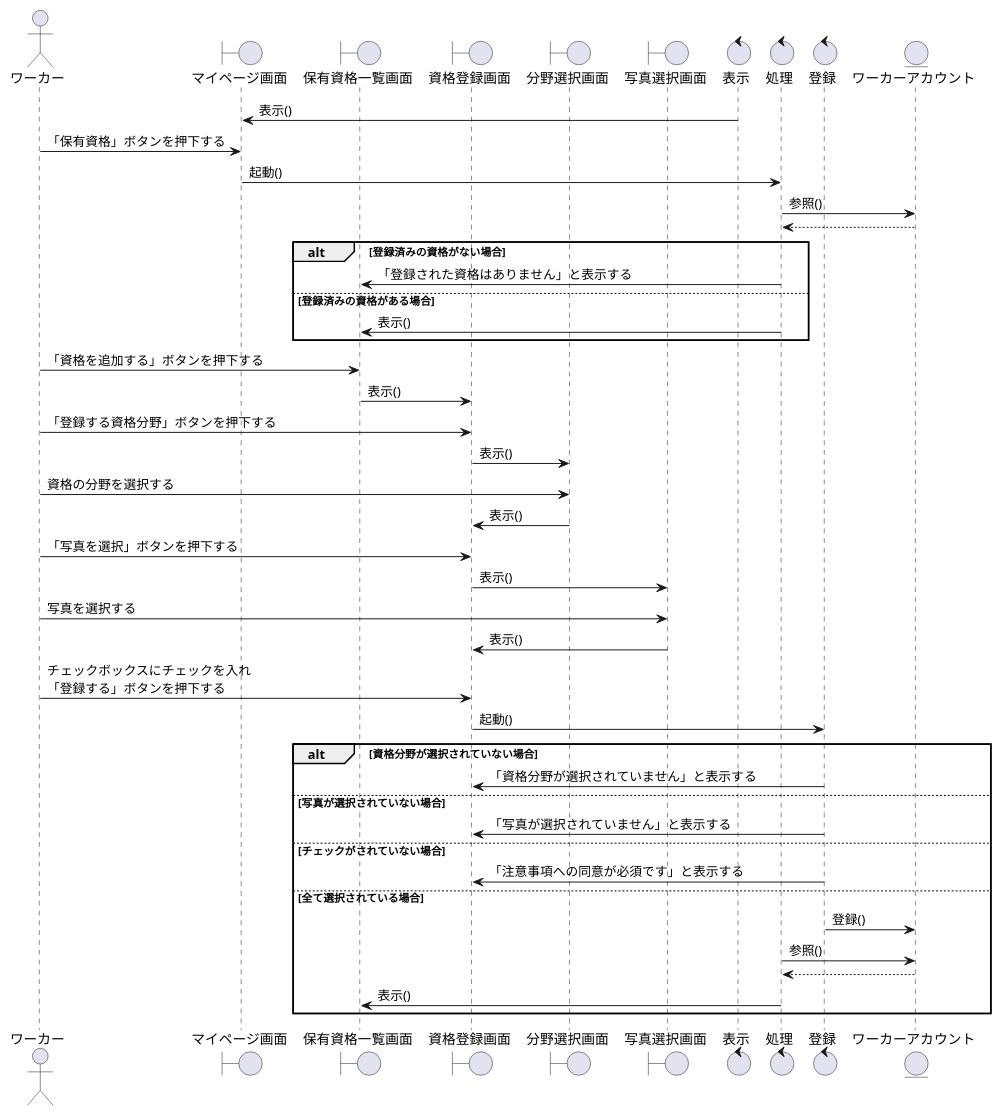
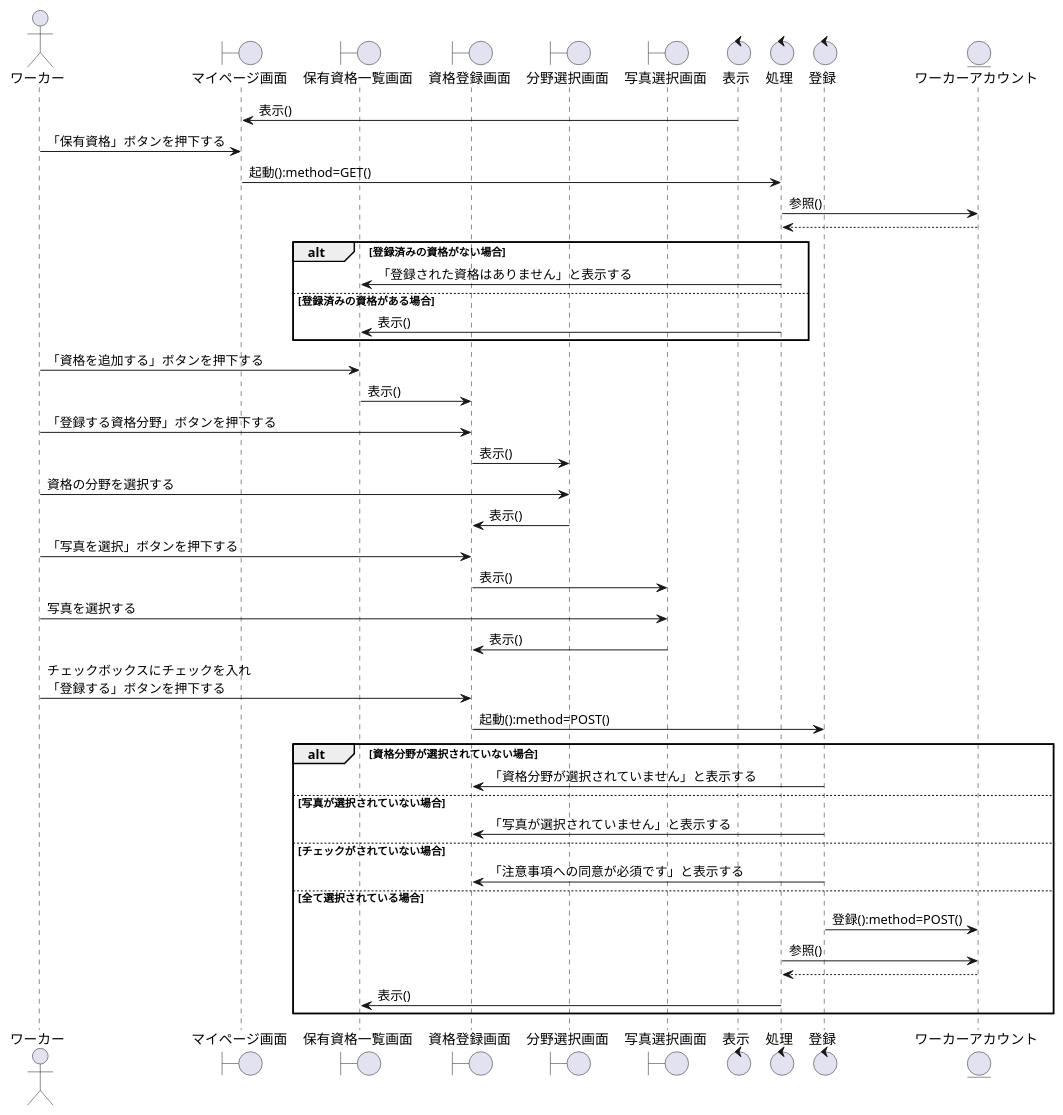
The diagram in sequence_fig/7_acconts_fn/11_保有資格を追加する.pu (irukacb256/high_Me), drawn with PlantUML before and after one commit. The commit also changed 13 other files, not shown here.

```diff
--- a/sequence_fig/7_acconts_fn/11_保有資格を追加する.pu
+++ b/sequence_fig/7_acconts_fn/11_保有資格を追加する.pu
@@ -1,61 +1,61 @@
 @startuml 保有資格を追加する
 
 actor ワーカー as wo1
 
 boundary マイページ画面 as bo1
 boundary 保有資格一覧画面 as bo2
 boundary 資格登録画面 as bo3
 boundary 分野選択画面 as bo4
 boundary 写真選択画面 as bo5
 
 control 表示 as co1
 control 処理 as co2
 control 登録 as co3
 
 entity ワーカーアカウント as en1
 
 co1 -> bo1:表示()
 wo1 -> bo1:「保有資格」ボタンを押下する
-bo1 -> co2:起動()
+bo1 -> co2:起動():method=GET()
 co2 -> en1:参照()
 en1 --> co2
 
 alt 登録済みの資格がない場合
     co2 -> bo2:「登録された資格はありません」と表示する
 
 else 登録済みの資格がある場合
     co2 -> bo2:表示()
 
 end
 
 wo1 -> bo2:「資格を追加する」ボタンを押下する
 bo2 -> bo3:表示()
 wo1 -> bo3:「登録する資格分野」ボタンを押下する
 bo3 -> bo4:表示()
 wo1 -> bo4:資格の分野を選択する
 bo4 -> bo3:表示()
 wo1 -> bo3:「写真を選択」ボタンを押下する
 bo3 -> bo5:表示()
 wo1 -> bo5:写真を選択する
 bo5 -> bo3:表示()
 
 wo1 -> bo3:チェックボックスにチェックを入れ\n「登録する」ボタンを押下する
-bo3 -> co3:起動()
+bo3 -> co3:起動():method=POST()
 alt 資格分野が選択されていない場合
     co3 -> bo3:「資格分野が選択されていません」と表示する
 
 else 写真が選択されていない場合
     co3 -> bo3:「写真が選択されていません」と表示する
 
 else チェックがされていない場合
     co3 -> bo3:「注意事項への同意が必須です」と表示する
 
 else 全て選択されている場合    
-    co3 -> en1:登録()
+    co3 -> en1:登録():method=POST()
     co2 -> en1:参照()
     en1 --> co2
     co2 -> bo2:表示()
 
 end
 
 @enduml
```
